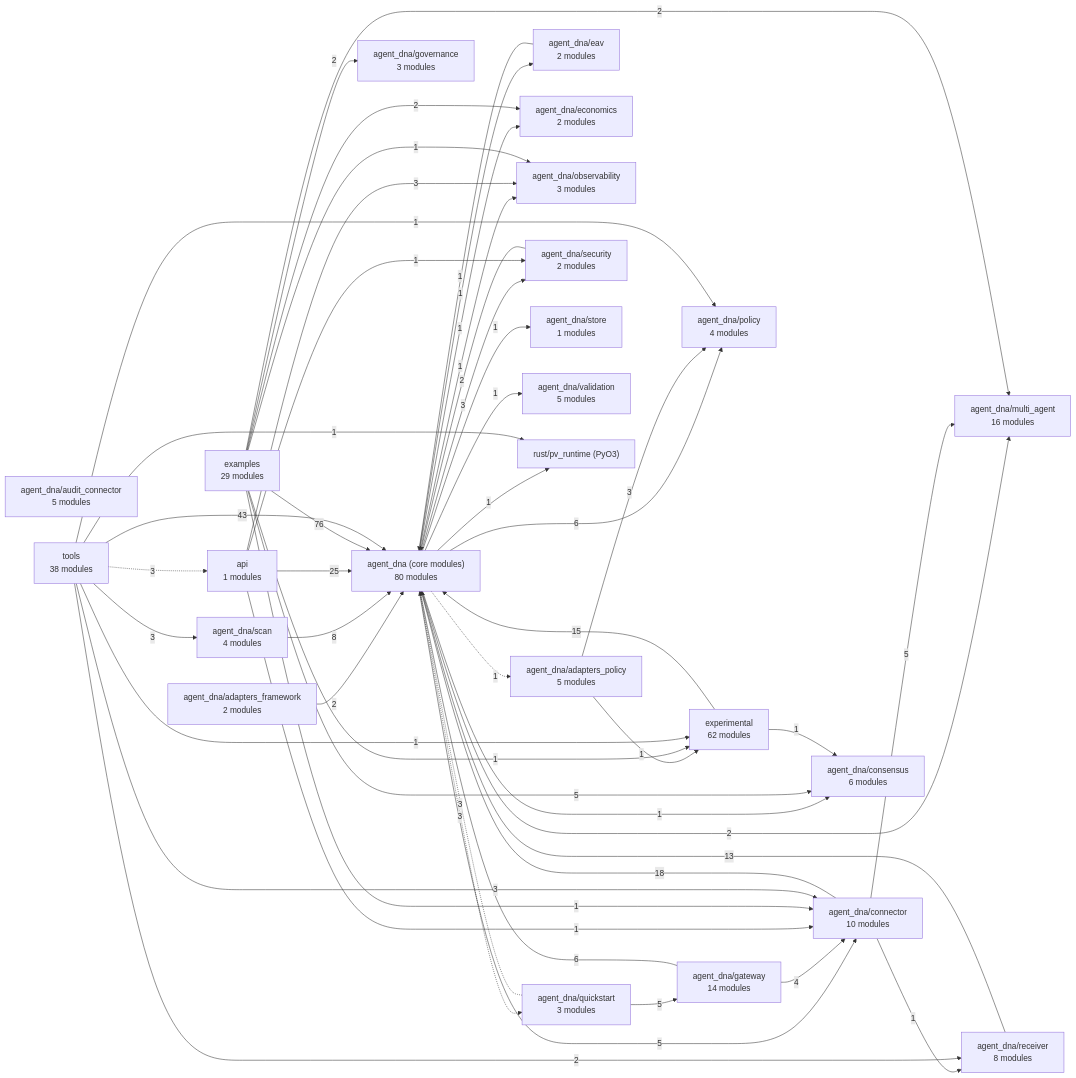
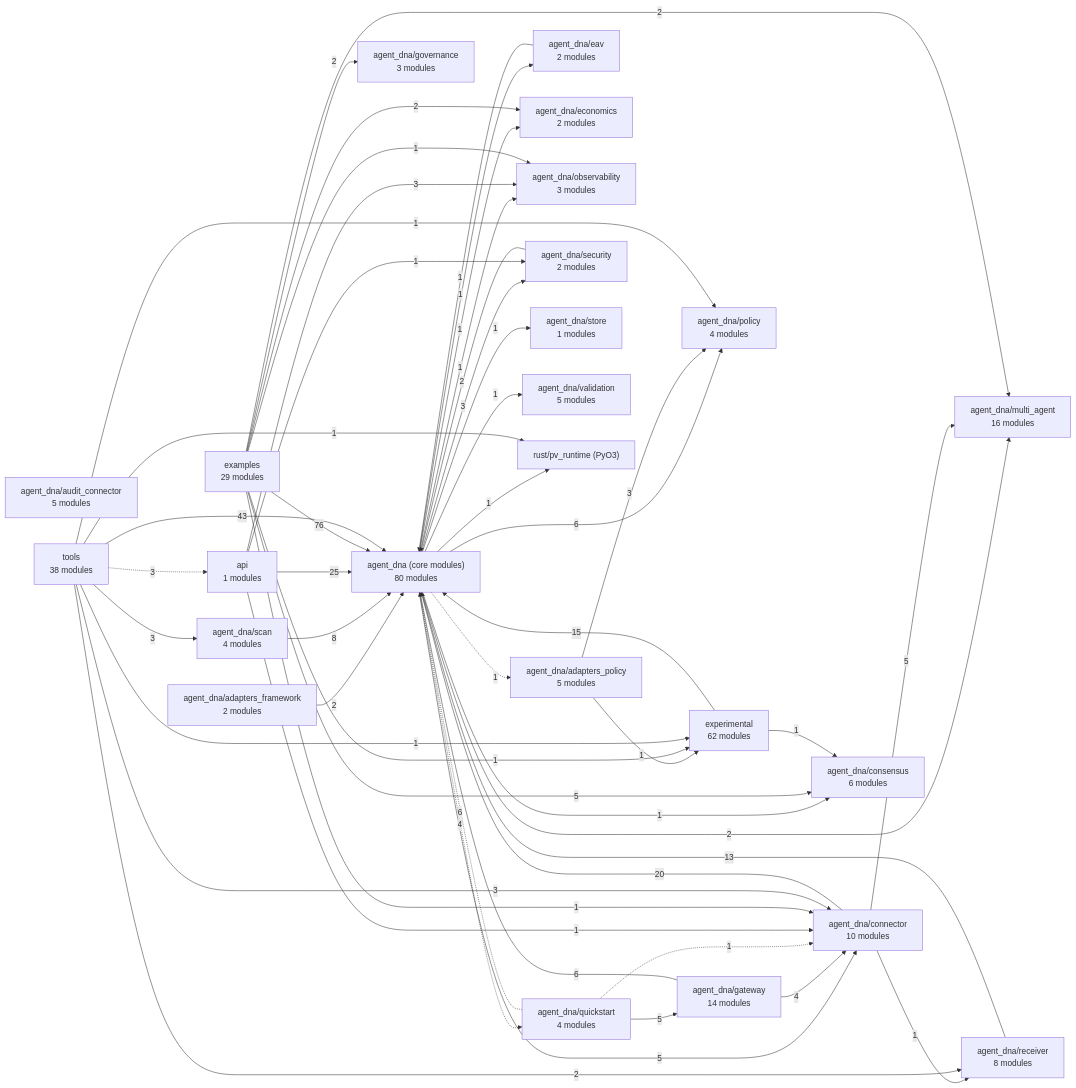
Before and after one commit to LOLA0786/privatevault-agent-dna: the diagram in docs/architecture/MAP.md, drawn with Mermaid. The commit also changed other lines of this file and 16 other files, not shown here.

````diff
--- a/docs/architecture/MAP.md
+++ b/docs/architecture/MAP.md
@@ -7,76 +7,77 @@
 ```mermaid
 flowchart LR
   n0["agent_dna (core modules)<br/>80 modules"]
   n1["agent_dna/adapters_framework<br/>2 modules"]
   n2["agent_dna/adapters_policy<br/>5 modules"]
   n3["agent_dna/audit_connector<br/>5 modules"]
   n4["agent_dna/connector<br/>10 modules"]
   n5["agent_dna/consensus<br/>6 modules"]
   n6["agent_dna/eav<br/>2 modules"]
   n7["agent_dna/economics<br/>2 modules"]
   n8["agent_dna/gateway<br/>14 modules"]
   n9["agent_dna/governance<br/>3 modules"]
   n10["agent_dna/multi_agent<br/>16 modules"]
   n11["agent_dna/observability<br/>3 modules"]
   n12["agent_dna/policy<br/>4 modules"]
-  n13["agent_dna/quickstart<br/>3 modules"]
+  n13["agent_dna/quickstart<br/>4 modules"]
   n14["agent_dna/receiver<br/>8 modules"]
   n15["agent_dna/scan<br/>4 modules"]
   n16["agent_dna/security<br/>2 modules"]
   n17["agent_dna/store<br/>1 modules"]
   n18["agent_dna/validation<br/>5 modules"]
   n19["api<br/>1 modules"]
   n20["examples<br/>29 modules"]
   n21["experimental<br/>62 modules"]
   n22["rust/pv_runtime (PyO3)"]
   n23["tools<br/>38 modules"]
   n0 -.->|1| n2
   n0 -->|5| n4
   n0 -->|1| n5
   n0 -->|1| n6
   n0 -->|1| n7
   n0 -->|2| n10
   n0 -->|1| n11
   n0 -->|6| n12
-  n0 -.->|3| n13
+  n0 -.->|4| n13
   n0 -->|3| n16
   n0 -->|1| n17
   n0 -->|1| n18
   n0 -->|1| n22
   n1 -->|2| n0
   n2 -->|3| n12
   n2 -->|1| n21
-  n4 -->|18| n0
+  n4 -->|20| n0
   n4 -->|5| n10
   n4 -->|1| n14
   n6 -->|1| n0
   n8 -->|6| n0
   n8 -->|4| n4
-  n13 -.->|3| n0
+  n13 -.->|6| n0
+  n13 -.->|1| n4
   n13 -->|5| n8
   n14 -->|13| n0
   n15 -->|8| n0
   n16 -->|2| n0
   n19 -->|25| n0
   n19 -->|1| n4
   n19 -->|3| n11
   n19 -->|1| n16
   n20 -->|76| n0
   n20 -->|1| n4
   n20 -->|5| n5
   n20 -->|2| n7
   n20 -->|2| n9
   n20 -->|2| n10
   n20 -->|1| n11
   n20 -->|1| n21
   n21 -->|15| n0
   n21 -->|1| n5
   n23 -->|43| n0
   n23 -->|3| n4
   n23 -->|1| n12
   n23 -->|2| n14
   n23 -->|3| n15
   n23 -.->|3| n19
   n23 -->|1| n21
   n23 -->|1| n22
 ```
````
